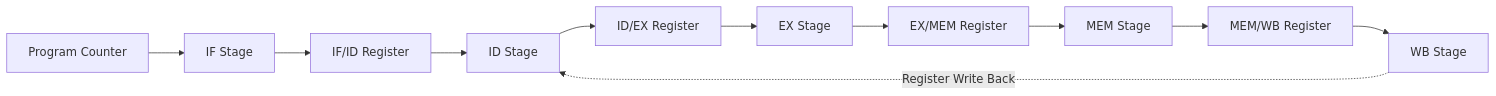
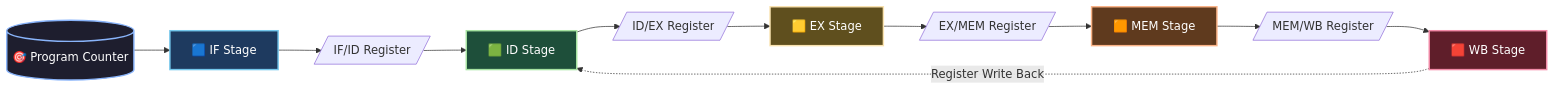
The diagram in README.md (Maanas-Khatokar-N/Pipelined-RV32I-RISC-V-Processor), drawn with Mermaid before and after one commit. The commit also changed other lines of this file, not shown here.

````diff
--- a/README.md
+++ b/README.md
@@ -41,13 +41,20 @@
 ```mermaid
 flowchart LR
-    PC[Program Counter] --> IF[IF Stage]
-    IF --> IFID[IF/ID Register]
-    IFID --> ID[ID Stage]
-    ID --> IDEX[ID/EX Register]
-    IDEX --> EX[EX Stage]
-    EX --> EXMEM[EX/MEM Register]
-    EXMEM --> MEM[MEM Stage]
-    MEM --> MEMWB[MEM/WB Register]
-    MEMWB --> WB[WB Stage]
-    WB -. Register Write Back .-> ID
+    PC[("🎯 Program Counter")] --> IF["🟦 IF Stage"]
+    IF --> IFID[/"IF/ID Register"/]
+    IFID --> ID["🟩 ID Stage"]
+    ID --> IDEX[/"ID/EX Register"/]
+    IDEX --> EX["🟨 EX Stage"]
+    EX --> EXMEM[/"EX/MEM Register"/]
+    EXMEM --> MEM["🟧 MEM Stage"]
+    MEM --> MEMWB[/"MEM/WB Register"/]
+    MEMWB --> WB["🟥 WB Stage"]
+    WB -. "Register Write Back" .-> ID
+
+    style PC fill:#1e1e2e,stroke:#89b4fa,stroke-width:2px,color:#fff
+    style IF fill:#1e3a5f,stroke:#74c7ec,stroke-width:2px,color:#fff
+    style ID fill:#1e4f3a,stroke:#a6e3a1,stroke-width:2px,color:#fff
+    style EX fill:#5f4f1e,stroke:#f9e2af,stroke-width:2px,color:#fff
+    style MEM fill:#5f3a1e,stroke:#fab387,stroke-width:2px,color:#fff
+    style WB fill:#5f1e2a,stroke:#f38ba8,stroke-width:2px,color:#fff
 ```
````
